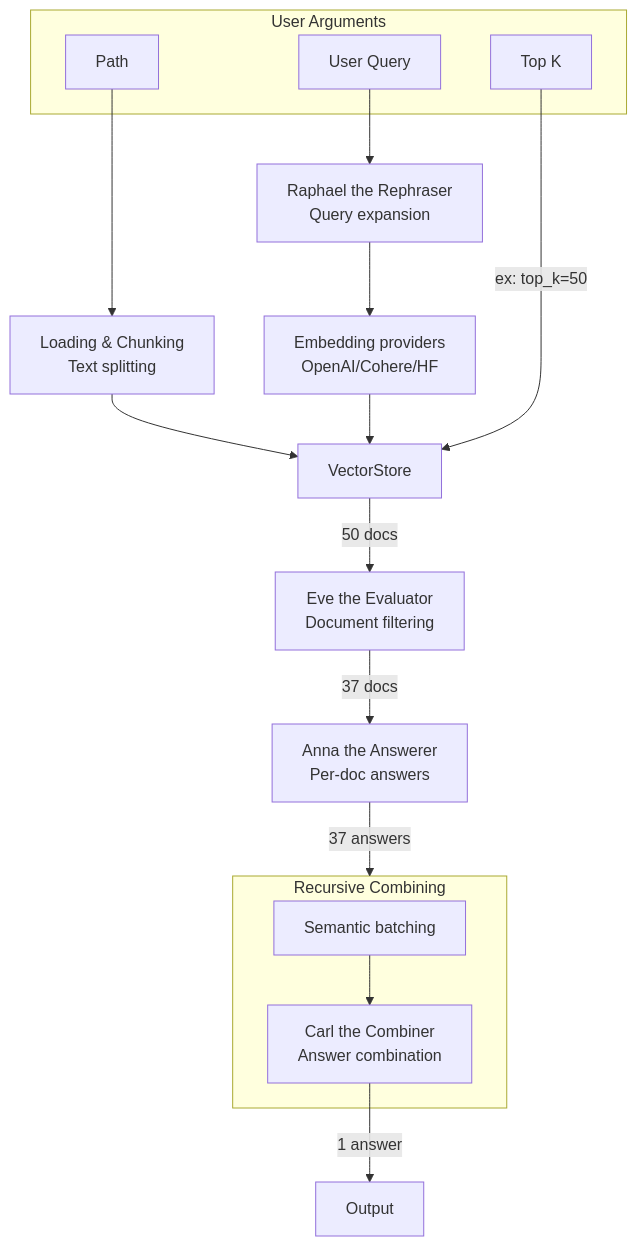
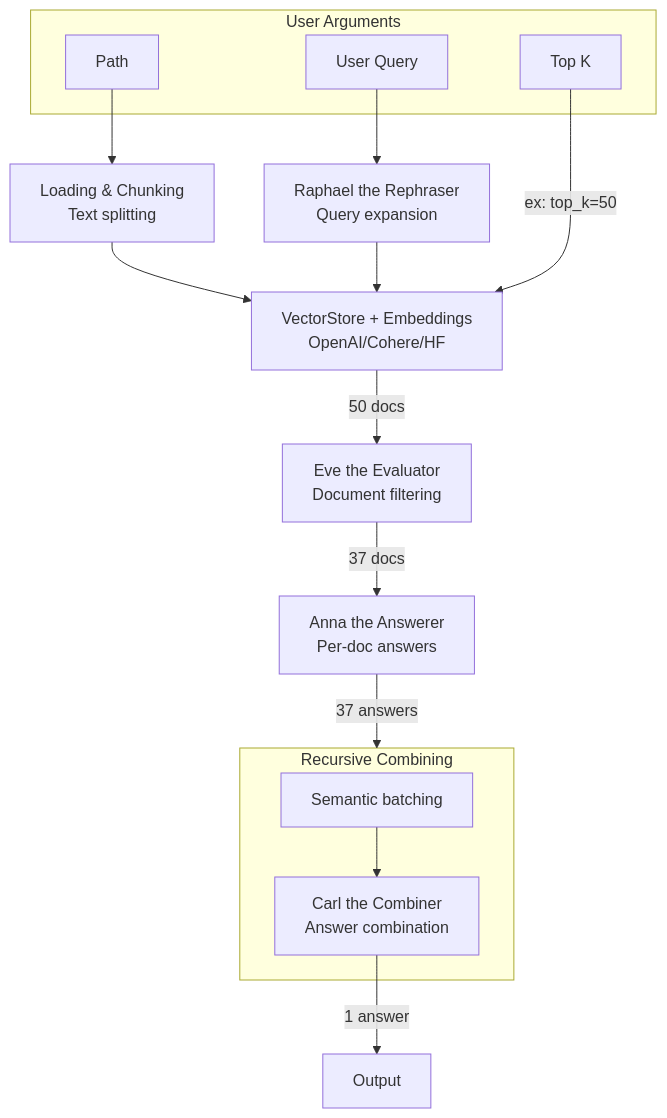
Before and after one commit to thiswillbeyourgithub/wdoc: the diagram in images/diagram_query.mmd, drawn with Mermaid.

Commit message:
refactor: merge Embeddings and VectorStore into single VectorStore + Embeddings box

```diff
--- a/images/diagram_query.mmd
+++ b/images/diagram_query.mmd
@@ -1,33 +1,31 @@
 flowchart TD
     subgraph Inputs["User Arguments"]
         Path["Path"]
         TopK["Top K"]
         UserQuery["User Query"]
     end
 
-    Embeddings["Embedding providers<br/>OpenAI/Cohere/HF"]
-    VectorStore["VectorStore"]
+    VectorStoreEmbeddings["VectorStore + Embeddings<br/>OpenAI/Cohere/HF"]
     Chunker["Loading & Chunking<br/>Text splitting"]
 
     Path --> Chunker
-    Chunker --> VectorStore
-    Embeddings --> VectorStore
+    Chunker --> VectorStoreEmbeddings
 
     QueryOutput["Output"]
     Raphael["Raphael the Rephraser<br/>Query expansion"]
     Eve["Eve the Evaluator<br/>Document filtering"]
     Anna["Anna the Answerer<br/>Per-doc answers"]
     
     subgraph RecursiveCombining["Recursive Combining"]
         SemanticBatching["Semantic batching"]
         Carl["Carl the Combiner<br/>Answer combination"]
         SemanticBatching --> Carl
     end
     
     UserQuery --> Raphael
-    Raphael --> Embeddings
-    TopK -->|ex: top_k=50| VectorStore
-    VectorStore -->|50 docs| Eve
+    Raphael --> VectorStoreEmbeddings
+    TopK -->|ex: top_k=50| VectorStoreEmbeddings
+    VectorStoreEmbeddings -->|50 docs| Eve
     Eve -->|37 docs| Anna
     Anna -->|37 answers| RecursiveCombining
     Carl -->|1 answer| QueryOutput
```
